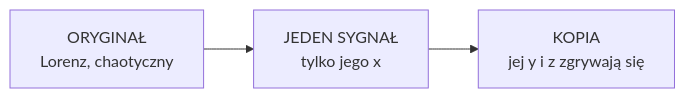
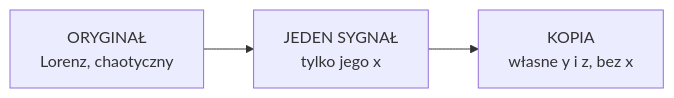
One commit to konradcinkusz/chaos-theory-for-dummies changed the diagram in figures/mermaid/pl/ch17-drive.mmd. Above: the diagram before and after it, drawn with Mermaid. The commit also changed 1 other file, not shown here.

```diff
--- a/figures/mermaid/pl/ch17-drive.mmd
+++ b/figures/mermaid/pl/ch17-drive.mmd
@@ -1,3 +1,3 @@
 flowchart LR
   O["ORYGINAŁ<br/>Lorenz, chaotyczny"] --> S["JEDEN SYGNAŁ<br/>tylko jego x"]
-  S --> C["KOPIA<br/>jej y i z zgrywają się"]
+  S --> C["KOPIA<br/>własne y i z, bez x"]
```
